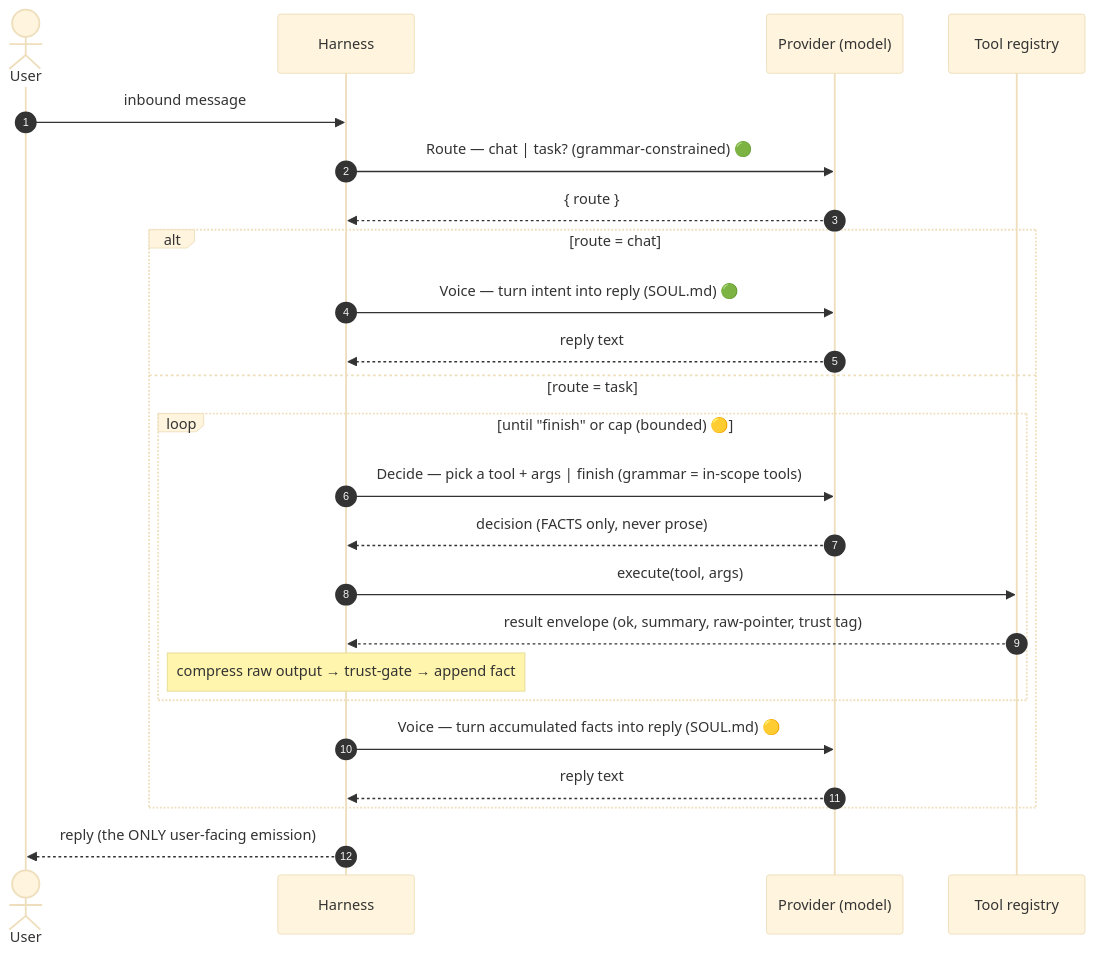
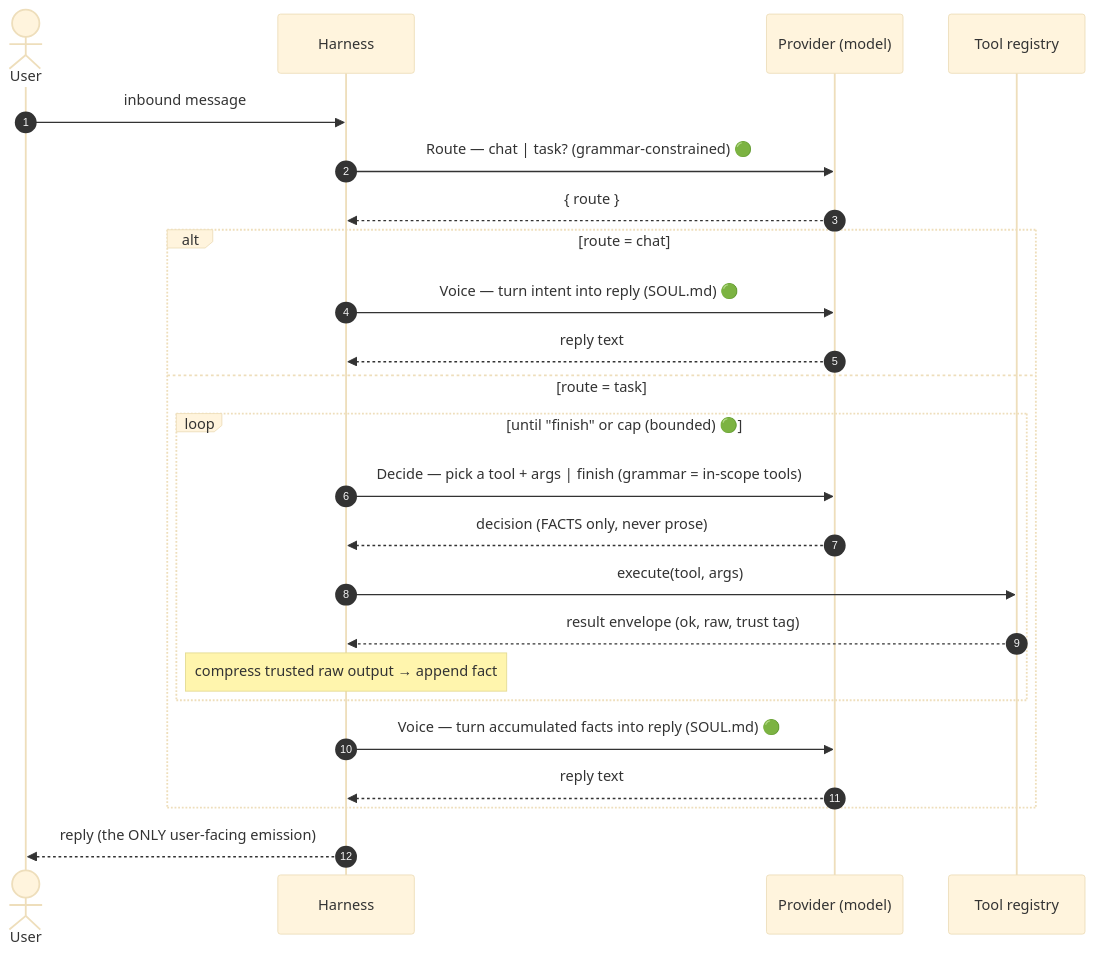
Before and after one commit to macro88/grugling: the fourth of 6 diagrams in docs/design/code-design.md, drawn with Mermaid (base theme). The commit also changed other lines of this file and 1 other file, not shown here.

````diff
--- a/docs/design/code-design.md
+++ b/docs/design/code-design.md
@@ -239,28 +251,28 @@
 ```mermaid
 sequenceDiagram
     autonumber
     actor User
     participant H as Harness
     participant P as Provider (model)
     participant T as Tool registry
 
     User->>H: inbound message
     H->>P: Route — chat | task?  (grammar-constrained)  🟢
     P-->>H: { route }
 
     alt route = chat
         H->>P: Voice — turn intent into reply (SOUL.md)  🟢
         P-->>H: reply text
     else route = task
-        loop until "finish" or cap (bounded)  🟡
+        loop until "finish" or cap (bounded)  🟢
             H->>P: Decide — pick a tool + args | finish  (grammar = in-scope tools)
             P-->>H: decision (FACTS only, never prose)
             H->>T: execute(tool, args)
-            T-->>H: result envelope (ok, summary, raw-pointer, trust tag)
-            Note over H: compress raw output → trust-gate → append fact
+            T-->>H: result envelope (ok, raw, trust tag)
+            Note over H: compress trusted raw output → append fact
         end
-        H->>P: Voice — turn accumulated facts into reply (SOUL.md)  🟡
+        H->>P: Voice — turn accumulated facts into reply (SOUL.md)  🟢
         P-->>H: reply text
     end
     H-->>User: reply (the ONLY user-facing emission)
 ```
````
